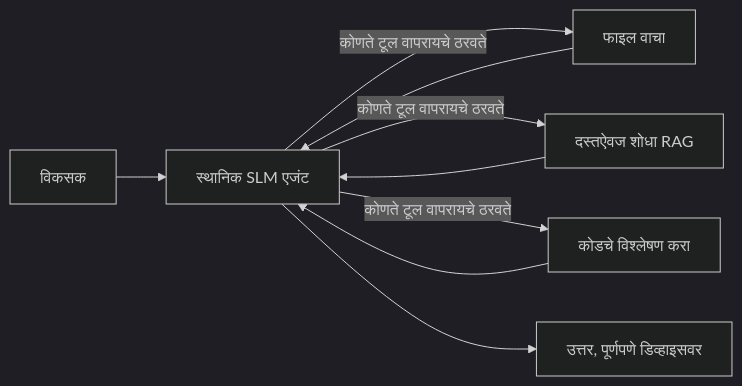
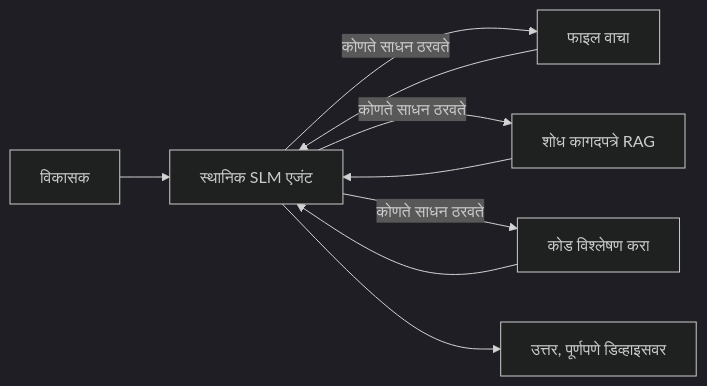
The first of 4 diagrams in translations/mr/17-creating-local-ai-agents/README.md (microsoft/ai-agents-for-beginners), drawn with Mermaid (dark theme) before and after one commit. The commit also changed other lines of this file and 45 other files, not shown here.

````diff
--- a/translations/mr/17-creating-local-ai-agents/README.md
+++ b/translations/mr/17-creating-local-ai-agents/README.md
@@ -66,11 +66,11 @@
 ```mermaid
 flowchart LR
-    U[विकसक] --> A[स्थानिक SLM एजंट]
-    A -->|कोणते टूल वापरायचे ठरवते| T1[फाइल वाचा]
-    A -->|कोणते टूल वापरायचे ठरवते| T2[दस्तऐवज शोधा RAG]
-    A -->|कोणते टूल वापरायचे ठरवते| T3[कोडचे विश्लेषण करा]
+    U[विकासक] --> A[स्थानिक SLM एजंट]
+    A -->|कोणते साधन ठरवते| T1[फाइल वाचा]
+    A -->|कोणते साधन ठरवते| T2[शोध कागदपत्रे RAG]
+    A -->|कोणते साधन ठरवते| T3[कोड विश्लेषण करा]
     T1 --> A
     T2 --> A
     T3 --> A
     A --> R[उत्तर, पूर्णपणे डिव्हाइसवर]
 ```
````
